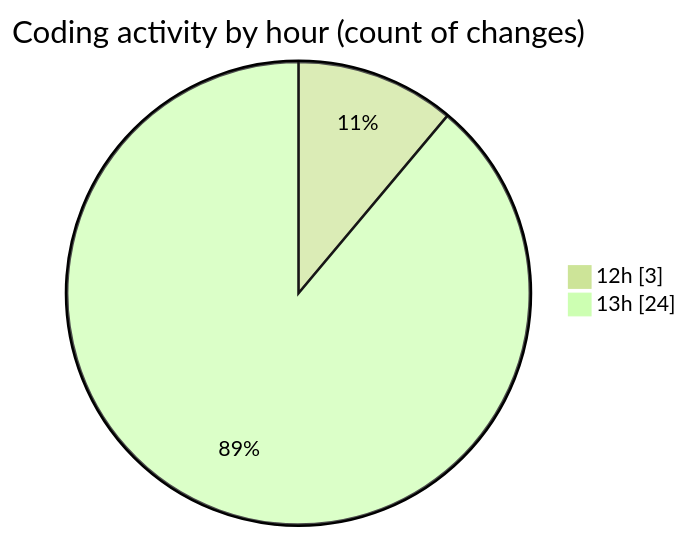
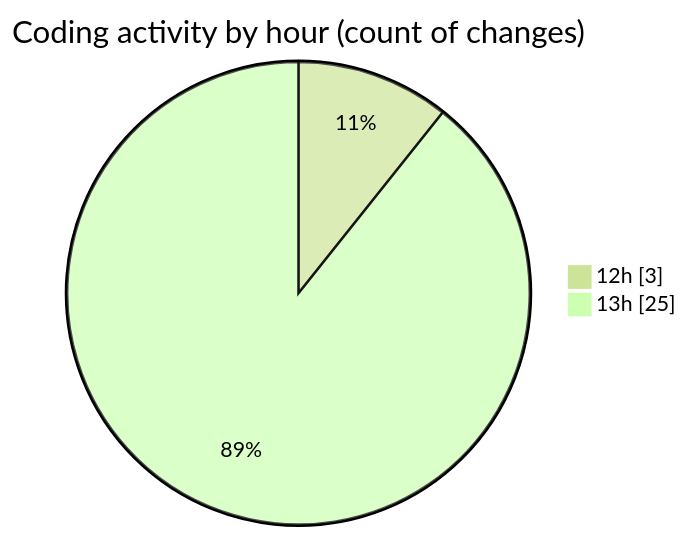
Before and after one commit to nxtqubesakshisongat/code-tracking: the second of 2 diagrams in 2025-09-26/nxtqube_webapp/README.md, drawn with Mermaid (forest theme). The commit also changed other lines of this file and 1 other file, not shown here.

````diff
--- a/2025-09-26/nxtqube_webapp/README.md
+++ b/2025-09-26/nxtqube_webapp/README.md
@@ -31,6 +32,6 @@
 ```mermaid
 pie showData
 title Coding activity by hour (count of changes)
 "12h" : 3
-"13h" : 24
+"13h" : 25
 ```
````
